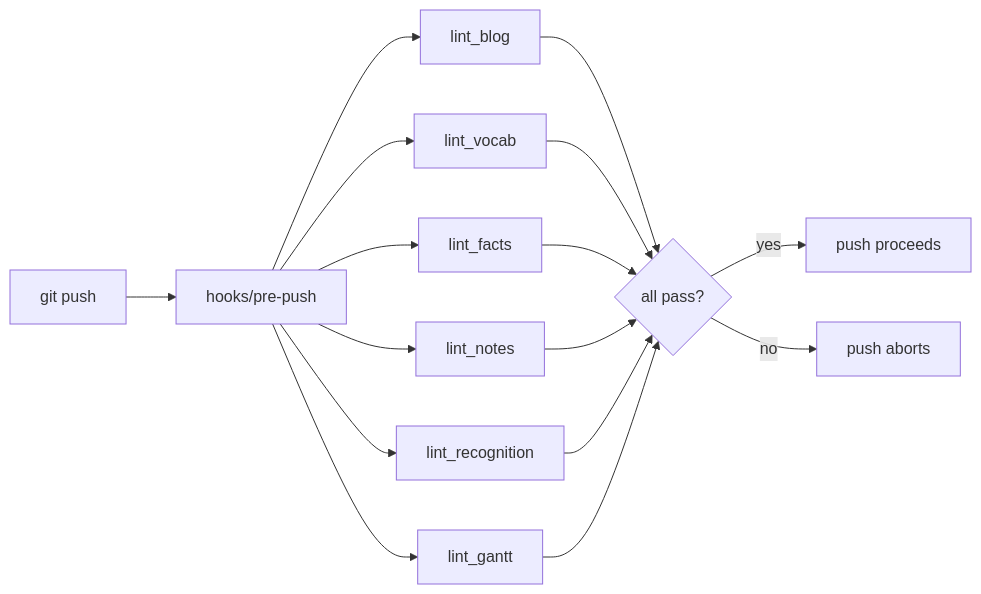
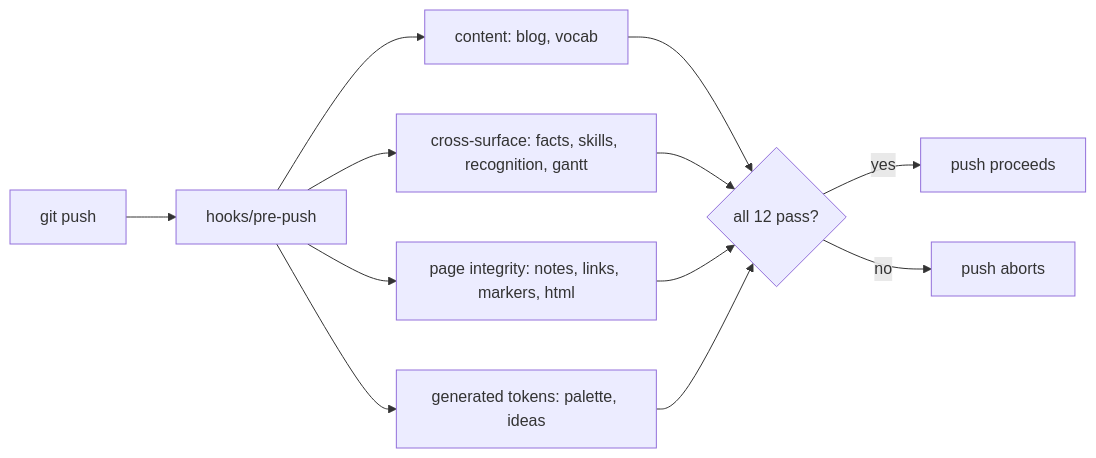
Before and after one commit to zaherkarp/zaherkarp.github.io: the third of 3 diagrams in src/content/blog/how-this-site-builds-itself.md, drawn with Mermaid. The commit also changed other lines of this file, not shown here.

Commit message:
facts: the suite is six build scripts and twelve linters, not five and six
Both counts were right the day this was drafted and are not right now.
scripts/ holds six public build scripts (blog, portfolio, resume, og,
cliff, palette; build_jobsearch is private job-search tooling and is not
one of them), and the gate is twelve linters, identical in the pre-push
hook and in lint.yml: blog, vocab, facts, skills, recognition, gantt,
notes, links, markers, html, palette, ideas.

Three build scripts run in CI and three are manual, not three and two.
build_palette joined the manual set after this draft was written.

The lint diagram enumerated exactly the six linters the prose named, so
it drifted with the prose. Listing twelve nodes would be noise, so it
now groups them by what they guard, which is the more useful read
anyway: content, cross-surface consistency, page integrity, generated
tokens.

Added one sentence the growth deserves, since the post already argues
for it elsewhere: the suite started at three and grew one at a time,
each after something drifted.

Claude-Session: https://claude.ai/code/session_01B2iNwstqhQDvhNty8fH1x7

````diff
--- a/src/content/blog/how-this-site-builds-itself.md
+++ b/src/content/blog/how-this-site-builds-itself.md
@@ -190,18 +190,14 @@
 ```mermaid
 flowchart LR
     A[git push] --> B["hooks/pre-push"]
-    B --> C[lint_blog]
-    B --> D[lint_vocab]
-    B --> E[lint_facts]
-    B --> N[lint_notes]
-    B --> R[lint_recognition]
-    B --> G[lint_gantt]
-    C --> F{all pass?}
-    D --> F
+    B --> C["content: blog, vocab"]
+    B --> E["cross-surface: facts, skills, recognition, gantt"]
+    B --> N["page integrity: notes, links, markers, html"]
+    B --> P2["generated tokens: palette, ideas"]
+    C --> F{all 12 pass?}
     E --> F
     N --> F
-    R --> F
-    G --> F
+    P2 --> F
     F -->|yes| P[push proceeds]
     F -->|no| X[push aborts]
 ```
````
